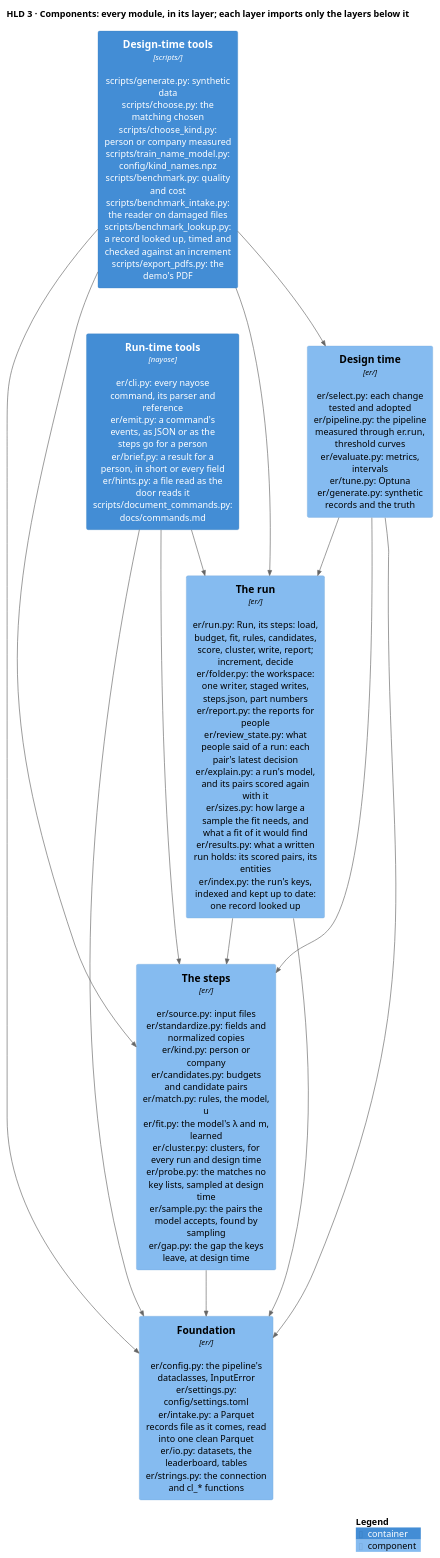
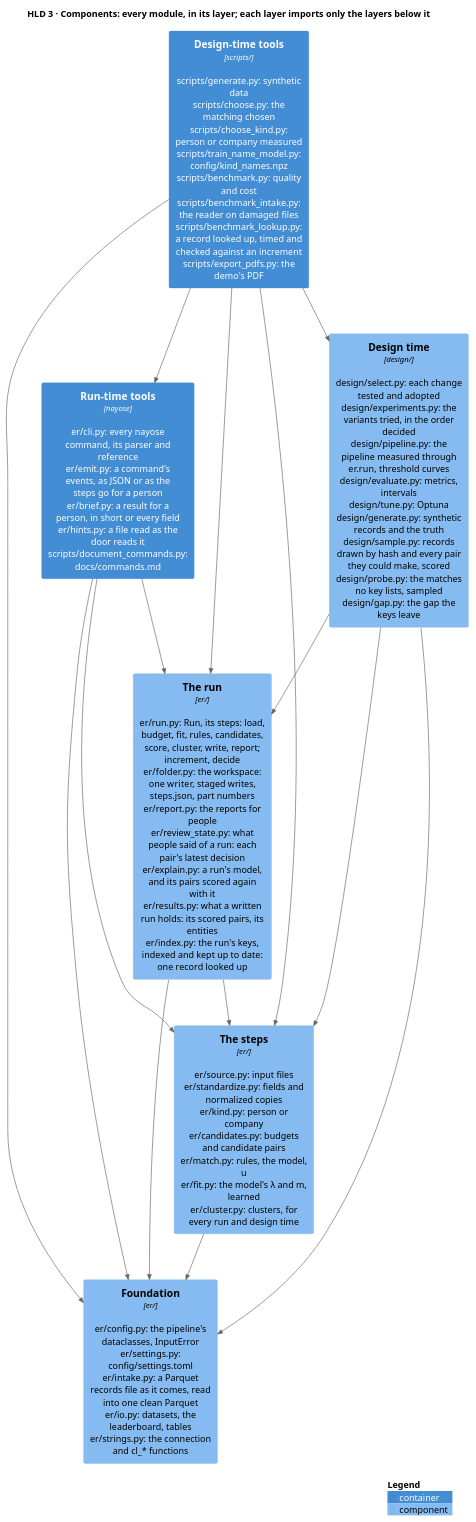
Before and after one commit to mvsbm/entity_matching: the diagram in docs/diagrams/components.puml, drawn with PlantUML. The commit also changed 64 other files, not shown here.

First line of the commit message:
Design-time code moves into design/, which no production job imports; the fit-sample sizing and em choose, which nothing ran, go

```diff
--- a/docs/diagrams/components.puml
+++ b/docs/diagrams/components.puml
@@ -1,30 +1,31 @@
 @startuml components
 !include <C4/C4_Component>
 LAYOUT_TOP_DOWN()
 HIDE_STEREOTYPE()
 title HLD 3 · Components: every module, in its layer; each layer imports only the layers below it
 
 Container(tools_run, "Run-time tools", "nayose", "er/cli.py: every nayose command, its parser and reference\ner/emit.py: a command's events, as JSON or as the steps go for a person\ner/brief.py: a result for a person, in short or every field\ner/hints.py: a file read as the door reads it\nscripts/document_commands.py: docs/commands.md")
 Container(tools_design, "Design-time tools", "scripts/", "scripts/generate.py: synthetic data\nscripts/choose.py: the matching chosen\nscripts/choose_kind.py: person or company measured\nscripts/train_name_model.py: config/kind_names.npz\nscripts/benchmark.py: quality and cost\nscripts/benchmark_intake.py: the reader on damaged files\nscripts/benchmark_lookup.py: a record looked up, timed and checked against an increment\nscripts/export_pdfs.py: the demo's PDF")
 
-Component(run, "The run", "er/", "er/run.py: Run, its steps: load, budget, fit, rules, candidates, score, cluster, write, report; increment, decide\ner/folder.py: the workspace: one writer, staged writes, steps.json, part numbers\ner/report.py: the reports for people\ner/review_state.py: what people said of a run: each pair's latest decision\ner/explain.py: a run's model, and its pairs scored again with it\ner/sizes.py: how large a sample the fit needs, and what a fit of it would find\ner/results.py: what a written run holds: its scored pairs, its entities\ner/index.py: the run's keys, indexed and kept up to date: one record looked up")
-Component(design, "Design time", "er/", "er/select.py: each change tested and adopted\ner/pipeline.py: the pipeline measured through er.run, threshold curves\ner/evaluate.py: metrics, intervals\ner/tune.py: Optuna\ner/generate.py: synthetic records and the truth")
-Component(steps, "The steps", "er/", "er/source.py: input files\ner/standardize.py: fields and normalized copies\ner/kind.py: person or company\ner/candidates.py: budgets and candidate pairs\ner/match.py: rules, the model, u\ner/fit.py: the model's λ and m, learned\ner/cluster.py: clusters, for every run and design time\ner/probe.py: the matches no key lists, sampled at design time\ner/sample.py: the pairs the model accepts, found by sampling\ner/gap.py: the gap the keys leave, at design time")
+Component(run, "The run", "er/", "er/run.py: Run, its steps: load, budget, fit, rules, candidates, score, cluster, write, report; increment, decide\ner/folder.py: the workspace: one writer, staged writes, steps.json, part numbers\ner/report.py: the reports for people\ner/review_state.py: what people said of a run: each pair's latest decision\ner/explain.py: a run's model, and its pairs scored again with it\ner/results.py: what a written run holds: its scored pairs, its entities\ner/index.py: the run's keys, indexed and kept up to date: one record looked up")
+Component(design, "Design time", "design/", "design/select.py: each change tested and adopted\ndesign/experiments.py: the variants tried, in the order decided\ndesign/pipeline.py: the pipeline measured through er.run, threshold curves\ndesign/evaluate.py: metrics, intervals\ndesign/tune.py: Optuna\ndesign/generate.py: synthetic records and the truth\ndesign/sample.py: records drawn by hash and every pair they could make, scored\ndesign/probe.py: the matches no key lists, sampled\ndesign/gap.py: the gap the keys leave")
+Component(steps, "The steps", "er/", "er/source.py: input files\ner/standardize.py: fields and normalized copies\ner/kind.py: person or company\ner/candidates.py: budgets and candidate pairs\ner/match.py: rules, the model, u\ner/fit.py: the model's λ and m, learned\ner/cluster.py: clusters, for every run and design time")
 Component(configuration, "Foundation", "er/", "er/config.py: the pipeline's dataclasses, InputError\ner/settings.py: config/settings.toml\ner/intake.py: a Parquet records file as it comes, read into one clean Parquet\ner/io.py: datasets, the leaderboard, tables\ner/strings.py: the connection and cl_* functions")
 
 Rel_D(tools_run, run, "")
 Rel_D(tools_run, steps, "")
 Rel_D(tools_run, configuration, "")
+Rel_D(tools_design, tools_run, "")
 Rel_D(tools_design, run, "")
 Rel_D(tools_design, design, "")
 Rel_D(tools_design, steps, "")
 Rel_D(tools_design, configuration, "")
 Rel_D(run, steps, "")
 Rel_D(run, configuration, "")
 Rel_D(design, run, "")
 Rel_D(design, steps, "")
 Rel_D(design, configuration, "")
 Rel_D(steps, configuration, "")
 
 SHOW_LEGEND()
 @enduml
```
